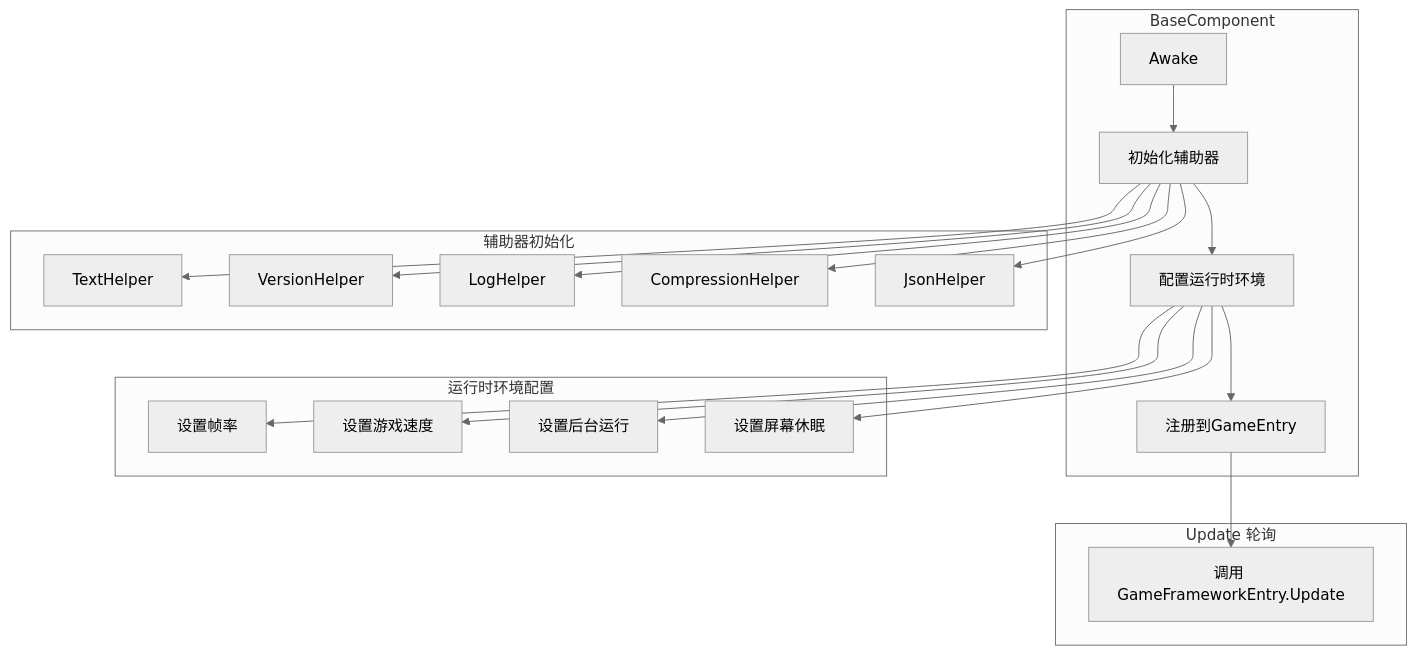
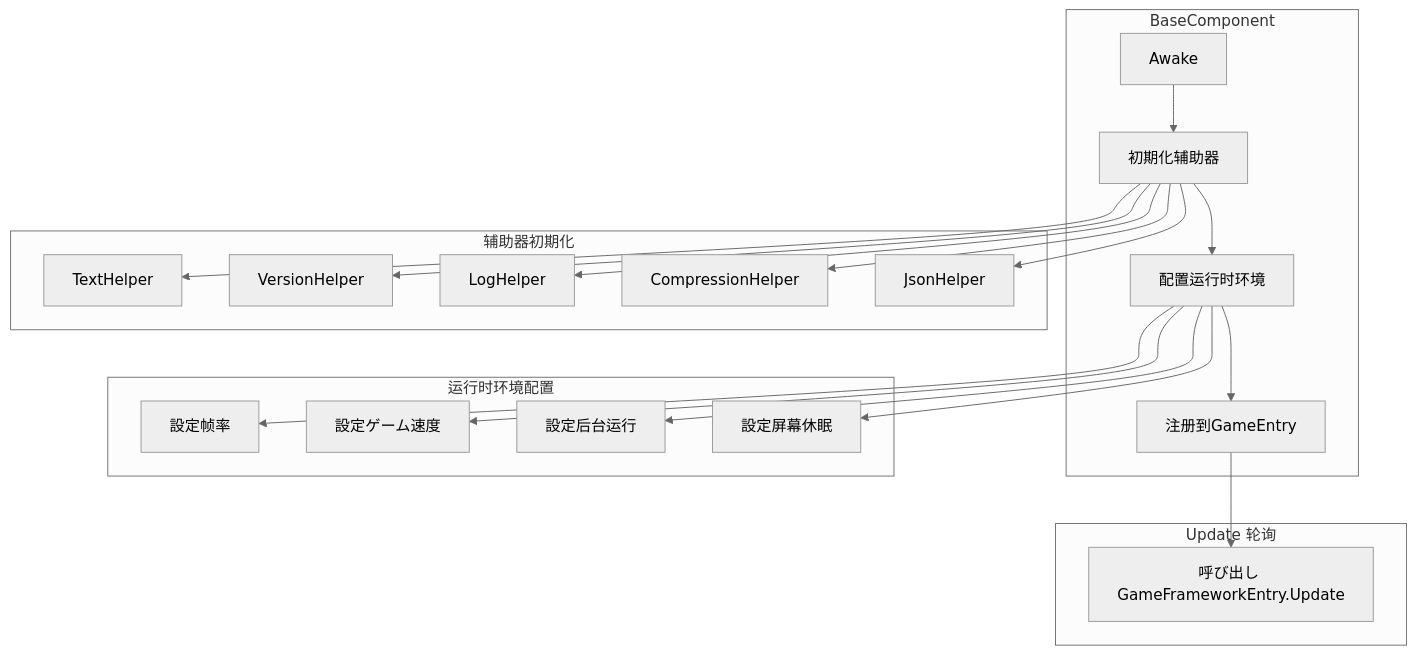
One commit to AlianBlank/GameFrameX.Docs changed the third of 4 diagrams in docs/ja/client/unity/component/core/05.base.md. Above: the diagram before and after it, drawn with Mermaid (neutral theme). The commit also changed other lines of this file and 603 other files, not shown here.

````diff
--- a/docs/ja/client/unity/component/core/05.base.md
+++ b/docs/ja/client/unity/component/core/05.base.md
@@ -81,28 +81,28 @@
 ```mermaid
 flowchart TD
     subgraph BaseComponent["BaseComponent"]
         A[Awake]
-        --> B[初始化辅助器]
+        --> B[初期化辅助器]
         --> C[配置运行时环境]
         --> D[注册到GameEntry]
     end
 
-    subgraph 辅助器["辅助器初始化"]
+    subgraph 辅助器["辅助器初期化"]
         B --> B1[TextHelper]
         B --> B2[VersionHelper]
         B --> B3[LogHelper]
         B --> B4[CompressionHelper]
         B --> B5[JsonHelper]
     end
 
     subgraph 运行时配置["运行时环境配置"]
-        C --> C1[设置帧率]
-        C --> C2[设置游戏速度]
-        C --> C3[设置后台运行]
-        C --> C4[设置屏幕休眠]
+        C --> C1[設定帧率]
+        C --> C2[設定ゲーム速度]
+        C --> C3[設定后台运行]
+        C --> C4[設定屏幕休眠]
     end
 
     subgraph Update["Update 轮询"]
-        D --> E[调用 GameFrameworkEntry.Update]
+        D --> E[呼び出し GameFrameworkEntry.Update]
     end
 ```
````
